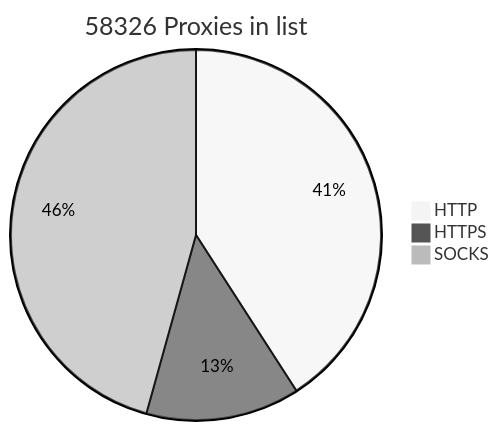
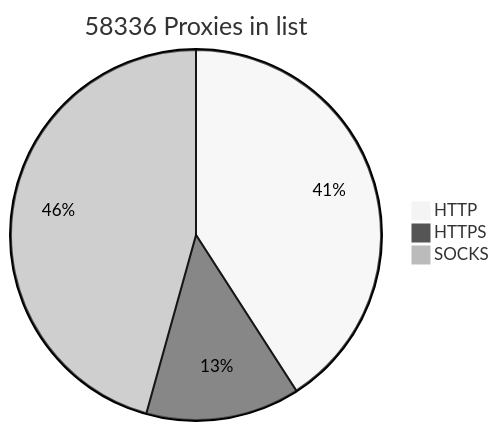
The diagram in README.md (BlackSnowDot/proxylist-update-every-minute), drawn with Mermaid (neutral theme) before and after one commit.

````diff
--- a/README.md
+++ b/README.md
@@ -2,6 +2,6 @@
 ```mermaid
-pie title 58326 Proxies in list
-    "HTTP" : 26875
-    "HTTPS": 8826
-    "SOCKS" : 30028
+pie title 58336 Proxies in list
+    "HTTP" : 26882
+    "HTTPS": 8832
+    "SOCKS" : 30029
 ```
````
